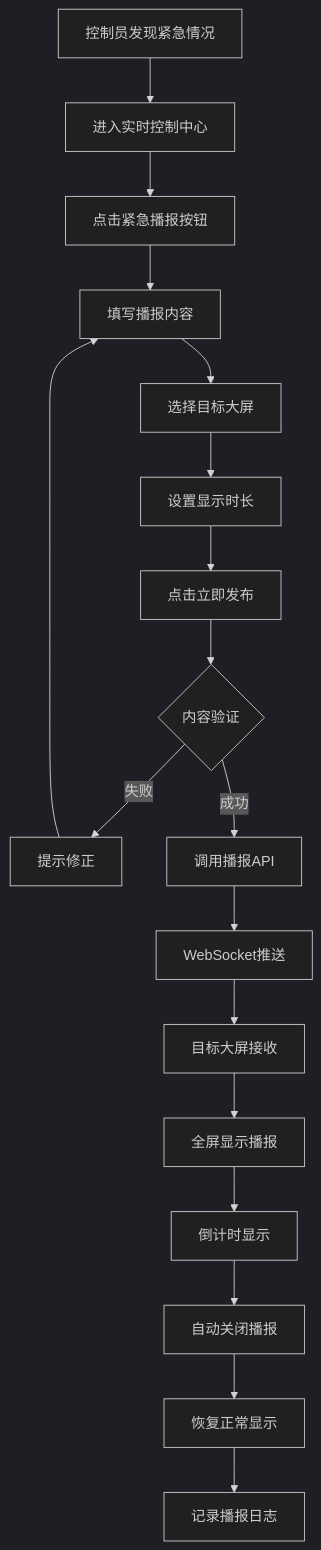
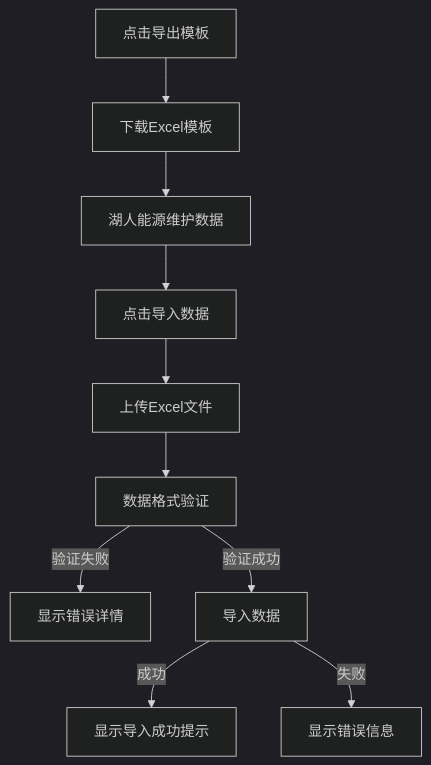
Before and after one commit to kcaaaa/people-metro-admin-v2: the second of 4 diagrams in 大屏管理需求设计文档.md, drawn with Mermaid (dark theme). The commit also changed other lines of this file and 41 other files, not shown here.

````diff
--- a/大屏管理需求设计文档.md
+++ b/大屏管理需求设计文档.md
@@ -885,20 +343,12 @@
 ```mermaid
 graph TD
-    A[控制员发现紧急情况] --> B[进入实时控制中心]
-    B --> C[点击紧急播报按钮]
-    C --> D[填写播报内容]
-    D --> E[选择目标大屏]
-    E --> F[设置显示时长]
-    F --> G[点击立即发布]
-    G --> H{内容验证}
-    H -->|失败| I[提示修正]
-    I --> D
-    H -->|成功| J[调用播报API]
-    J --> K[WebSocket推送]
-    K --> L[目标大屏接收]
-    L --> M[全屏显示播报]
-    M --> N[倒计时显示]
-    N --> O[自动关闭播报]
-    O --> P[恢复正常显示]
-    P --> Q[记录播报日志]
+    A[点击导出模板] --> B[下载Excel模板]
+    B --> C[湖人能源维护数据]
+    C --> D[点击导入数据]
+    D --> E[上传Excel文件]
+    E --> F[数据格式验证]
+    F --> |验证失败| G[显示错误详情]
+    F --> |验证成功| H[导入数据]
+    H --> |成功| I[显示导入成功提示]
+    H --> |失败| J[显示错误信息]
 ```
````
